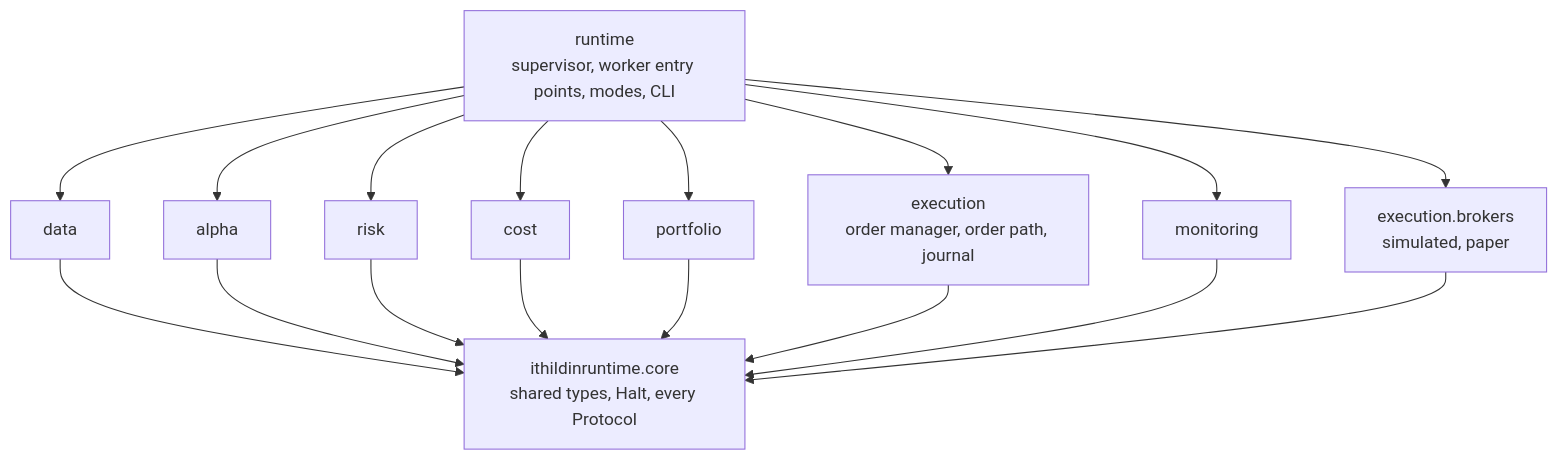
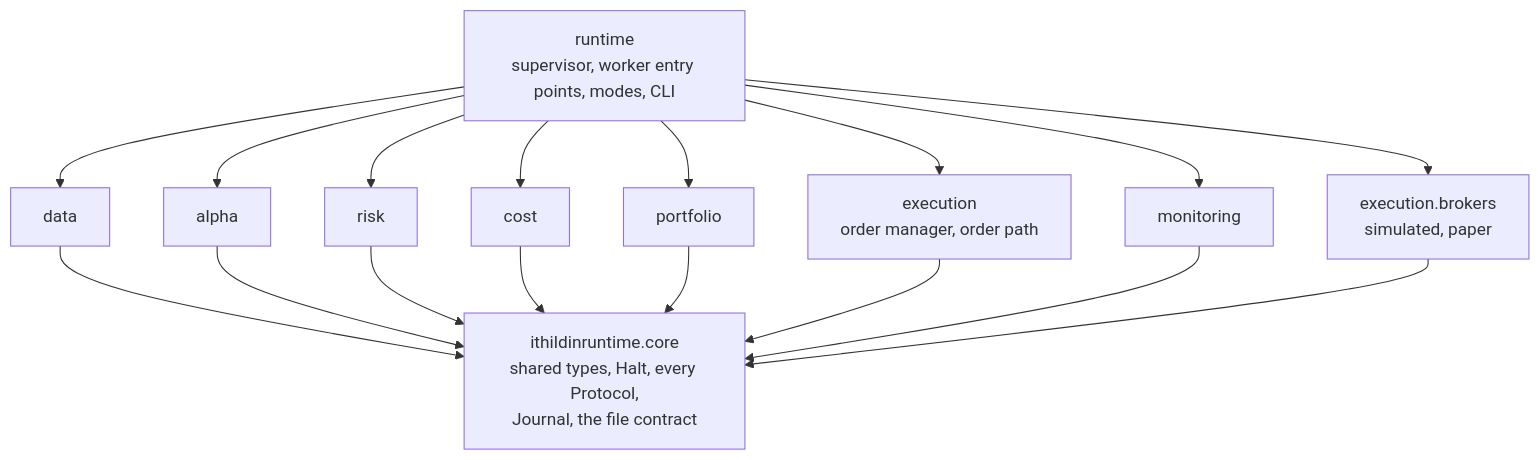
Diagram 16 of 16 in docs/architecture.md (l3a0/ithildin-runtime), drawn with Mermaid before and after one commit. The commit also changed other lines of this file and 2 other files, not shown here.

First line of the commit message:
docs(architecture): fix what the review of the process revision found

````diff
--- a/docs/architecture.md
+++ b/docs/architecture.md
@@ -1269,30 +1411,30 @@
 ```mermaid
 flowchart TB
-    core["ithildinruntime.core<br/>shared types, Halt, every Protocol"]
+    core["ithildinruntime.core<br/>shared types, Halt, every Protocol,<br/>Journal, the file contract"]
     data["data"]
     alpha["alpha"]
     risk["risk"]
     cost["cost"]
     portfolio["portfolio"]
-    execution["execution<br/>order manager, order path, journal"]
+    execution["execution<br/>order manager, order path"]
     brokers["execution.brokers<br/>simulated, paper"]
     monitoring["monitoring"]
     runtime["runtime<br/>supervisor, worker entry points, modes, CLI"]
 
     data --> core
     alpha --> core
     risk --> core
     cost --> core
     portfolio --> core
     execution --> core
     monitoring --> core
     brokers --> core
     runtime --> data
     runtime --> alpha
     runtime --> risk
     runtime --> cost
     runtime --> portfolio
     runtime --> execution
     runtime --> brokers
     runtime --> monitoring
 ```
````
